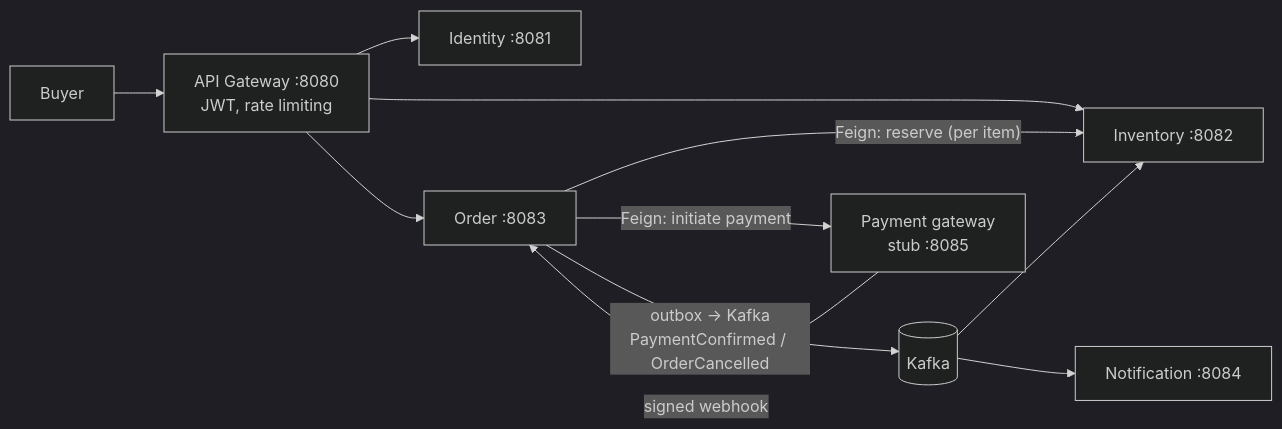
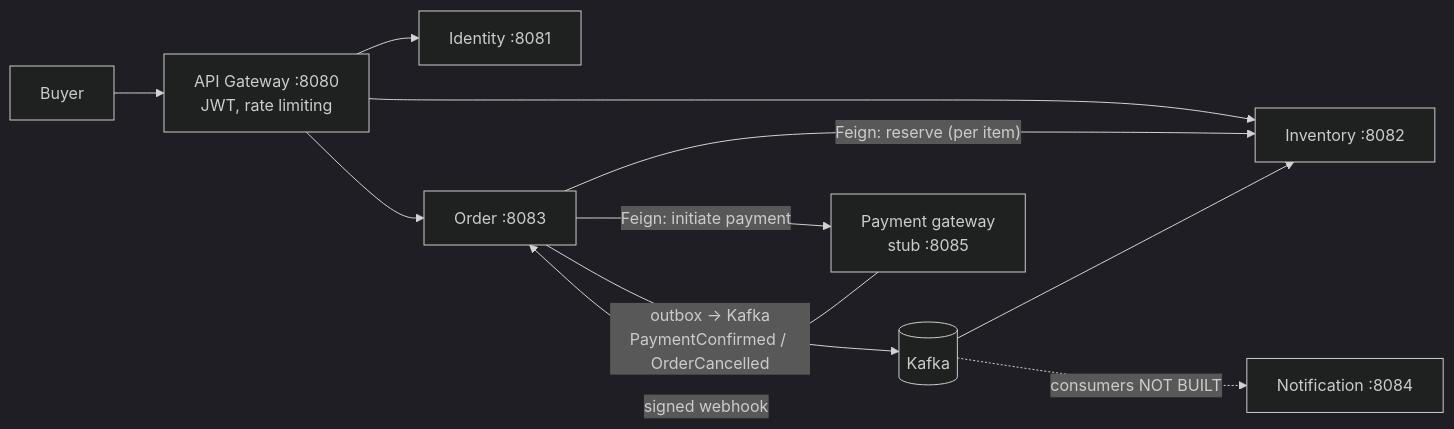
The diagram in README.md (akshxnsh/FlashMart), drawn with Mermaid (dark theme) before and after one commit. The commit also changed other lines of this file and 1 other file, not shown here.

First line of the commit message:
docs: diagrams (architecture, order state machine, purchase flow) checked against the code

````diff
--- a/README.md
+++ b/README.md
@@ -41,13 +41,13 @@
 ```mermaid
 flowchart LR
     B[Buyer] --> GW[API Gateway :8080<br/>JWT, rate limiting]
     GW --> ID[Identity :8081]
     GW --> INV[Inventory :8082]
     GW --> ORD[Order :8083]
     ORD -- "Feign: reserve (per item)" --> INV
     ORD -- "Feign: initiate payment" --> PAY[Payment gateway<br/>stub :8085]
     PAY -- "signed webhook" --> ORD
     ORD -- "outbox -> Kafka<br/>PaymentConfirmed / OrderCancelled" --> K[(Kafka)]
     K --> INV
-    K --> NOT[Notification :8084]
+    K -.->|"consumers NOT BUILT"| NOT[Notification :8084]
 ```
````
